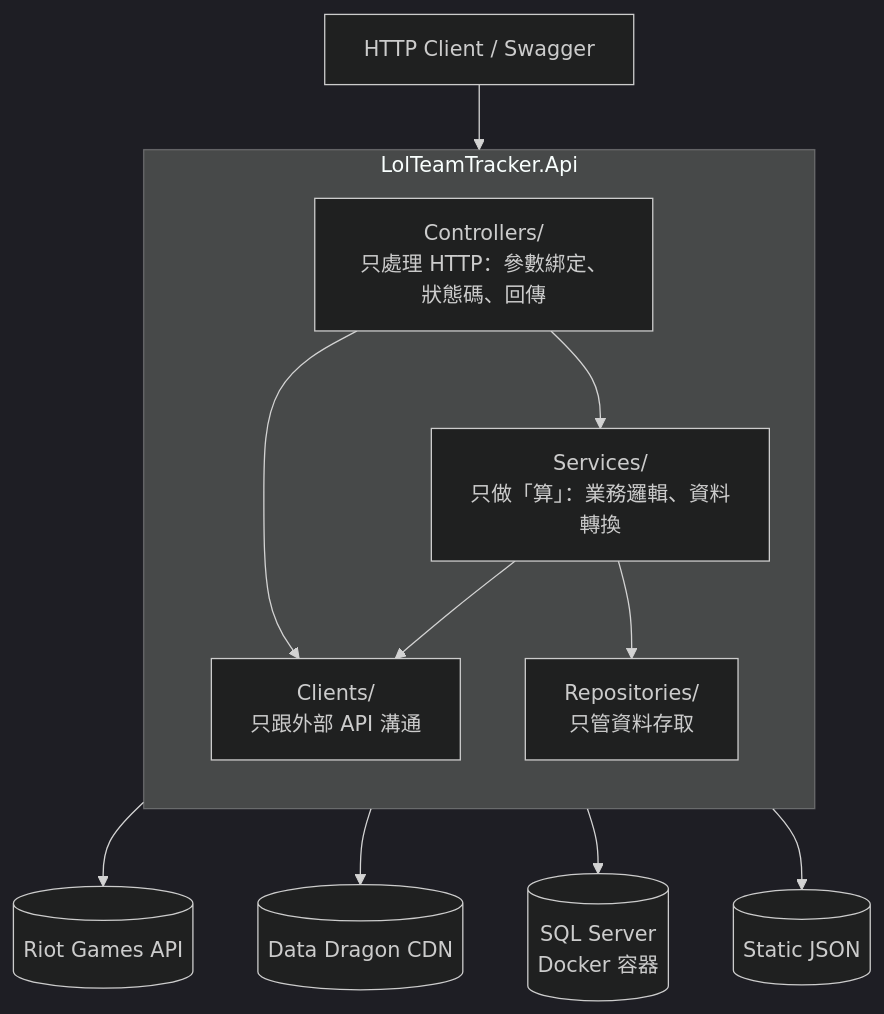
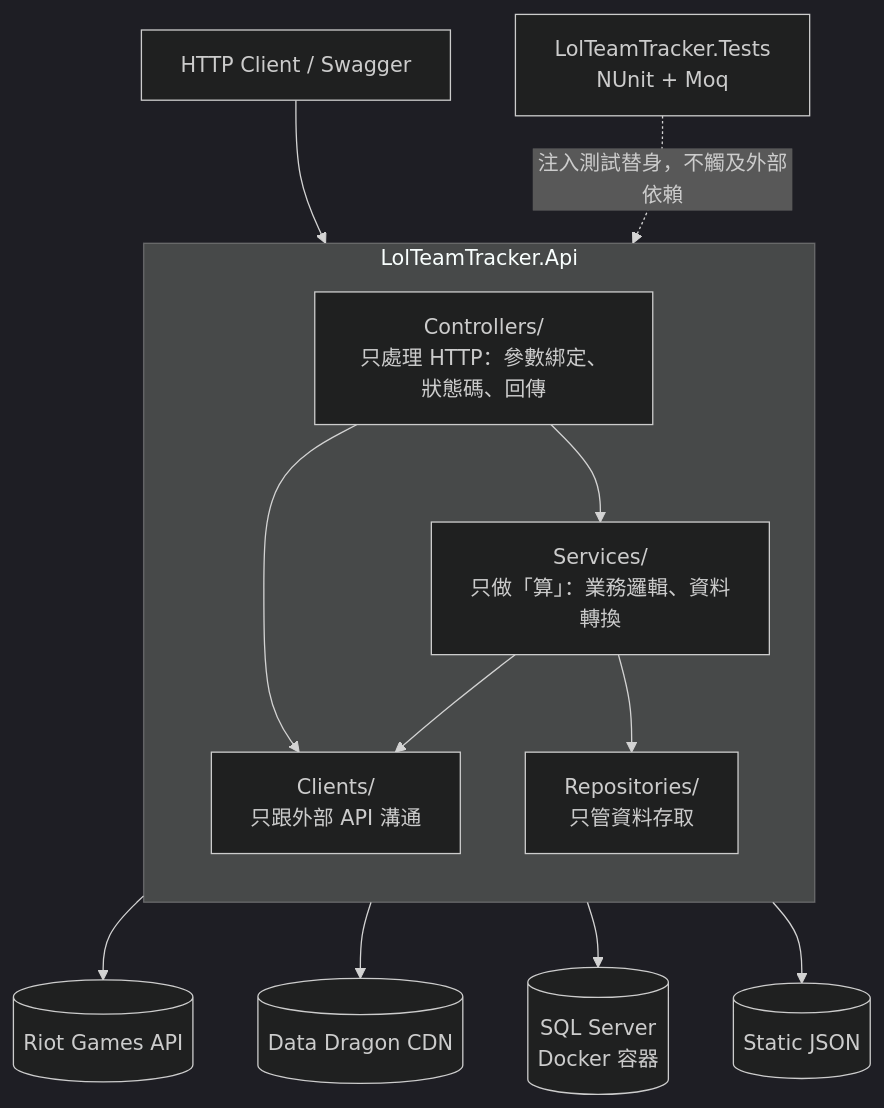
Before and after one commit to tn00627974/LolTeamTracker: the diagram in README.md, drawn with Mermaid (dark theme). The commit also changed other lines of this file, not shown here.

````diff
--- a/README.md
+++ b/README.md
@@ -24,27 +24,31 @@
 ```mermaid
 flowchart TD
     Client[HTTP Client / Swagger]
 
     subgraph API["LolTeamTracker.Api"]
         direction TB
         C["Controllers/<br/>只處理 HTTP：參數綁定、狀態碼、回傳"]
         S["Services/<br/>只做「算」：業務邏輯、資料轉換"]
         CL["Clients/<br/>只跟外部 API 溝通"]
         R["Repositories/<br/>只管資料存取"]
     end
+
+    Tests["LolTeamTracker.Tests<br/>NUnit + Moq"]
 
     Riot[(Riot Games API)]
     DDragon[(Data Dragon CDN)]
     DB[(SQL Server<br/>Docker 容器)]
     Files[(Static JSON)]
 
     Client --> C
     C --> S
     C --> CL
     S --> CL
     S --> R
     CL --> Riot
     CL --> DDragon
     R --> DB
     R --> Files
+
+    Tests -. 注入測試替身，不觸及外部依賴 .-> S
 ```
````
